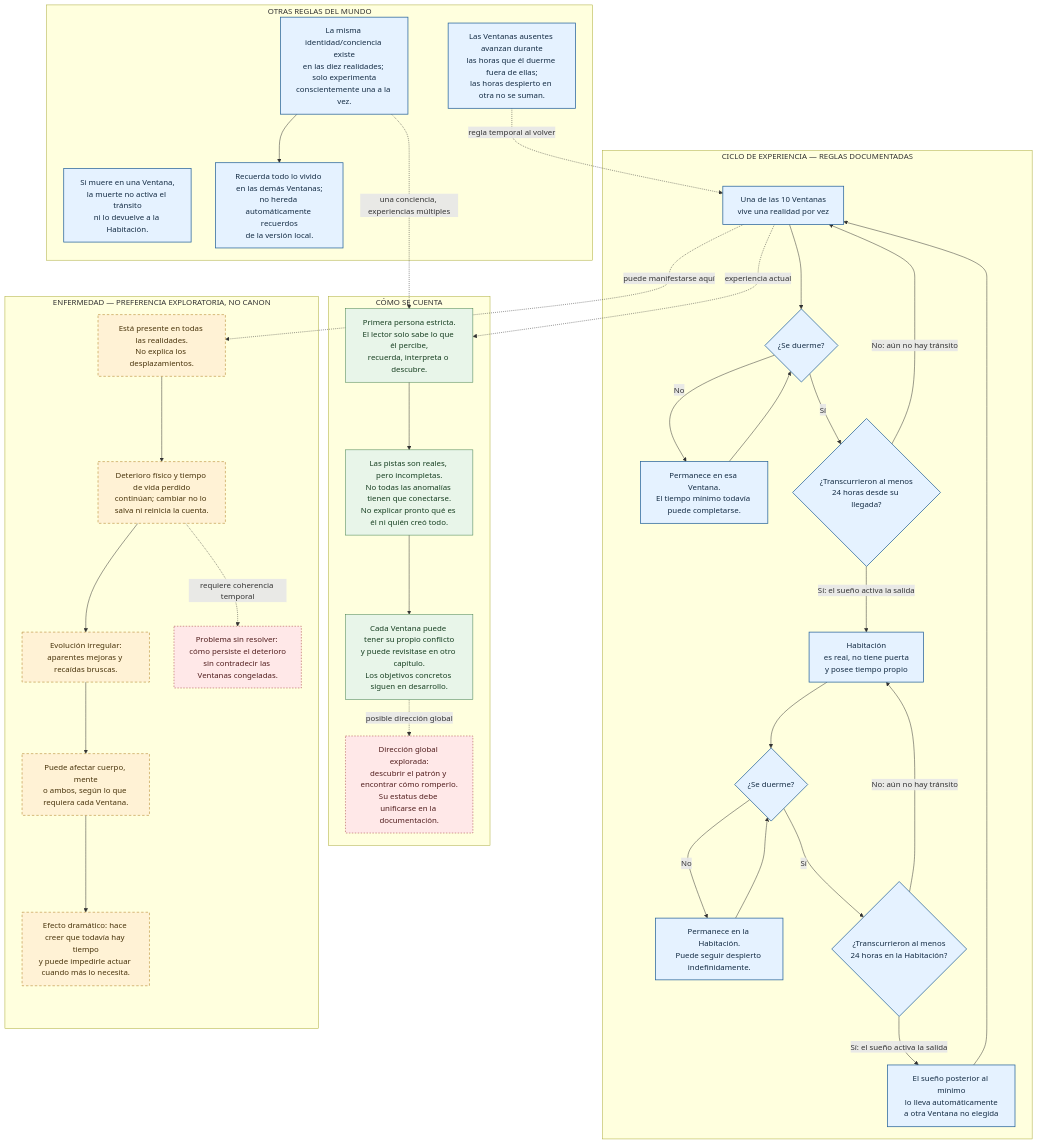
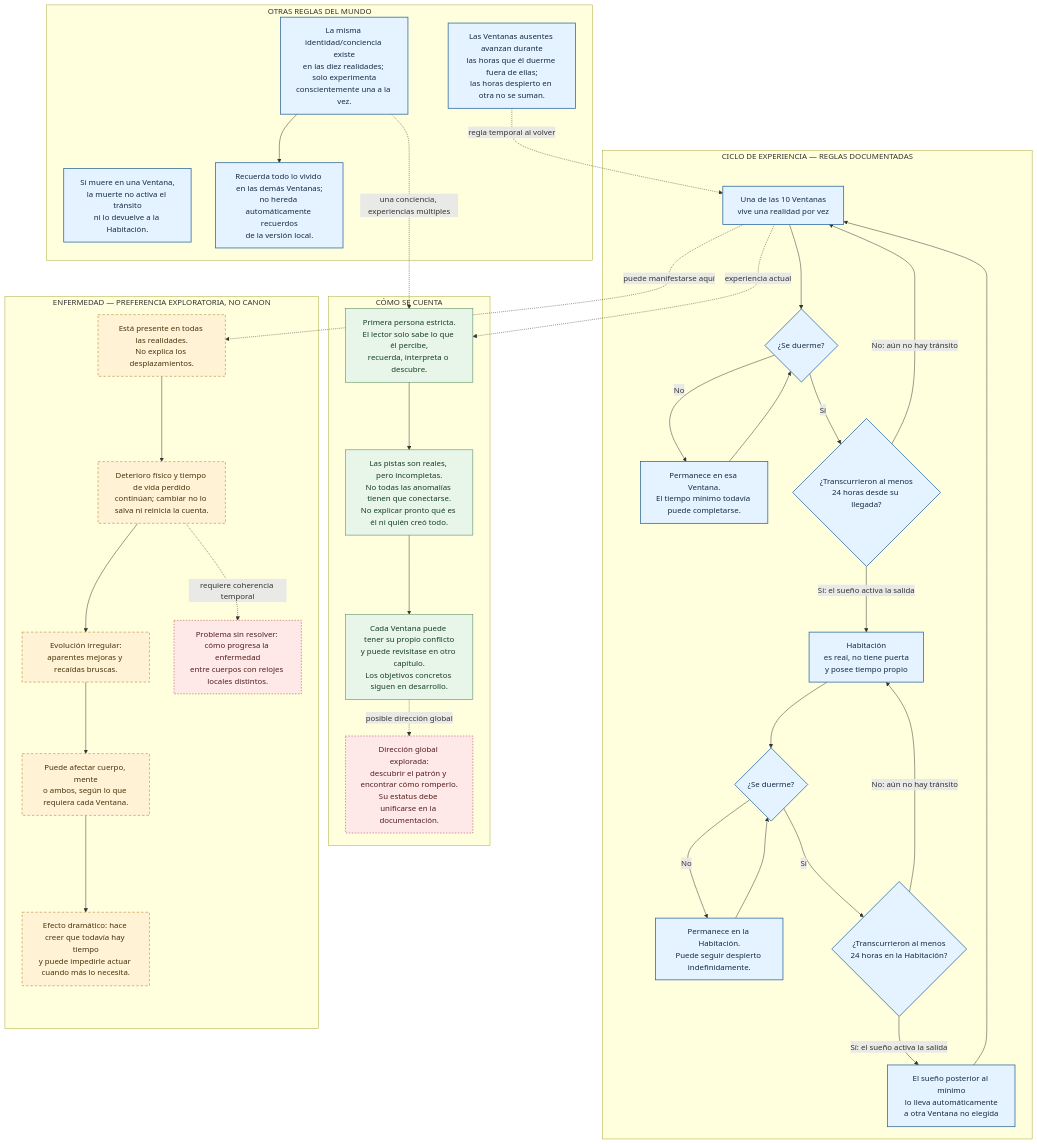
Before and after one commit to Sebasm2kuy/novela: the diagram in IDEAS/MAPA_GENERAL_FUNCIONAMIENTO_WNL_2026-10-12.md, drawn with Mermaid. The commit also changed other lines of this file, not shown here.

Commit message:
Alinear mapa general de WNL con reglas canónicas confirmadas

````diff
--- a/IDEAS/MAPA_GENERAL_FUNCIONAMIENTO_WNL_2026-10-12.md
+++ b/IDEAS/MAPA_GENERAL_FUNCIONAMIENTO_WNL_2026-10-12.md
@@ -10,66 +10,66 @@
 ```mermaid
 flowchart TD
   classDef canon fill:#e5f2ff,stroke:#28649b,color:#132b43,stroke-width:1.5px
   classDef idea fill:#fff2d5,stroke:#ab7817,color:#48330b,stroke-dasharray:5 4
   classDef pending fill:#ffe8e8,stroke:#a33b3b,color:#501d1d,stroke-dasharray:3 3
   classDef story fill:#e8f5e9,stroke:#3f7c4b,color:#163e20
 
   subgraph MECHANIC["CICLO DE EXPERIENCIA — REGLAS DOCUMENTADAS"]
     W["Una de las 10 Ventanas<br/>vive una realidad por vez"]:::canon
     WS{"¿Se duerme?"}:::canon
     WWAIT["Permanece en esa Ventana.<br/>El tiempo mínimo todavía puede completarse."]:::canon
     WCHECK{"¿Transcurrieron al menos<br/>24 horas desde su llegada?"}:::canon
     ROOM["Habitación<br/>es real, no tiene puerta<br/>y posee tiempo propio"]:::canon
     RS{"¿Se duerme?"}:::canon
     RWAIT["Permanece en la Habitación.<br/>Puede seguir despierto indefinidamente."]:::canon
     RCHECK{"¿Transcurrieron al menos<br/>24 horas en la Habitación?"}:::canon
     NEXT["El sueño posterior al mínimo<br/>lo lleva automáticamente<br/>a otra Ventana no elegida"]:::canon
 
     W --> WS
     WS -- "No" --> WWAIT
     WWAIT --> WS
     WS -- "Sí" --> WCHECK
     WCHECK -- "No: aún no hay tránsito" --> W
     WCHECK -- "Sí: el sueño activa la salida" --> ROOM
     ROOM --> RS
     RS -- "No" --> RWAIT
     RWAIT --> RS
     RS -- "Sí" --> RCHECK
     RCHECK -- "No: aún no hay tránsito" --> ROOM
     RCHECK -- "Sí: el sueño activa la salida" --> NEXT
     NEXT --> W
   end
 
   subgraph RULES["OTRAS REGLAS DEL MUNDO"]
     TIMEADV["Las Ventanas ausentes avanzan durante<br/>las horas que él duerme fuera de ellas;<br/>las horas despierto en otra no se suman."]:::canon
     DEATH["Si muere en una Ventana,<br/>la muerte no activa el tránsito<br/>ni lo devuelve a la Habitación."]:::canon
     IDENTITY["La misma identidad/conciencia existe<br/>en las diez realidades; solo experimenta<br/>conscientemente una a la vez."]:::canon
     MEM["Recuerda todo lo vivido en las demás Ventanas;<br/>no hereda automáticamente recuerdos<br/>de la versión local."]:::canon
     TIMEADV -. "regla temporal al volver" .-> W
     IDENTITY --> MEM
   end
 
   subgraph STORY["CÓMO SE CUENTA"]
     POV["Primera persona estricta.<br/>El lector solo sabe lo que él percibe,<br/>recuerda, interpreta o descubre."]:::story
     MYSTERY["Las pistas son reales, pero incompletas.<br/>No todas las anomalías tienen que conectarse.<br/>No explicar pronto qué es él ni quién creó todo."]:::story
     LOCAL["Cada Ventana puede tener su propio conflicto<br/>y puede revisitase en otro capítulo.<br/>Los objetivos concretos siguen en desarrollo."]:::story
     GLOBAL["Dirección global explorada:<br/>descubrir el patrón y encontrar cómo romperlo.<br/>Su estatus debe unificarse en la documentación."]:::pending
     POV --> MYSTERY --> LOCAL
     LOCAL -. "posible dirección global" .-> GLOBAL
   end
 
   subgraph ILLNESS["ENFERMEDAD — PREFERENCIA EXPLORATORIA, NO CANON"]
     I1["Está presente en todas las realidades.<br/>No explica los desplazamientos."]:::idea
     I2["Deterioro físico y tiempo de vida perdido<br/>continúan; cambiar no lo salva ni reinicia la cuenta."]:::idea
     I3["Evolución irregular:<br/>aparentes mejoras y recaídas bruscas."]:::idea
     I4["Puede afectar cuerpo, mente<br/>o ambos, según lo que requiera cada Ventana."]:::idea
     I5["Efecto dramático: hace creer que todavía hay tiempo<br/>y puede impedirle actuar cuando más lo necesita."]:::idea
-    I6["Problema sin resolver: cómo persiste el deterioro<br/>sin contradecir las Ventanas congeladas."]:::pending
+    I6["Problema sin resolver: cómo progresa la enfermedad<br/>entre cuerpos con relojes locales distintos."]:::pending
     I1 --> I2 --> I3 --> I4 --> I5
     I2 -. "requiere coherencia temporal" .-> I6
   end
 
   W -. "experiencia actual" .-> POV
   IDENTITY -. "una conciencia, experiencias múltiples" .-> POV
   W -. "puede manifestarse aquí" .-> I1
 ```
````
